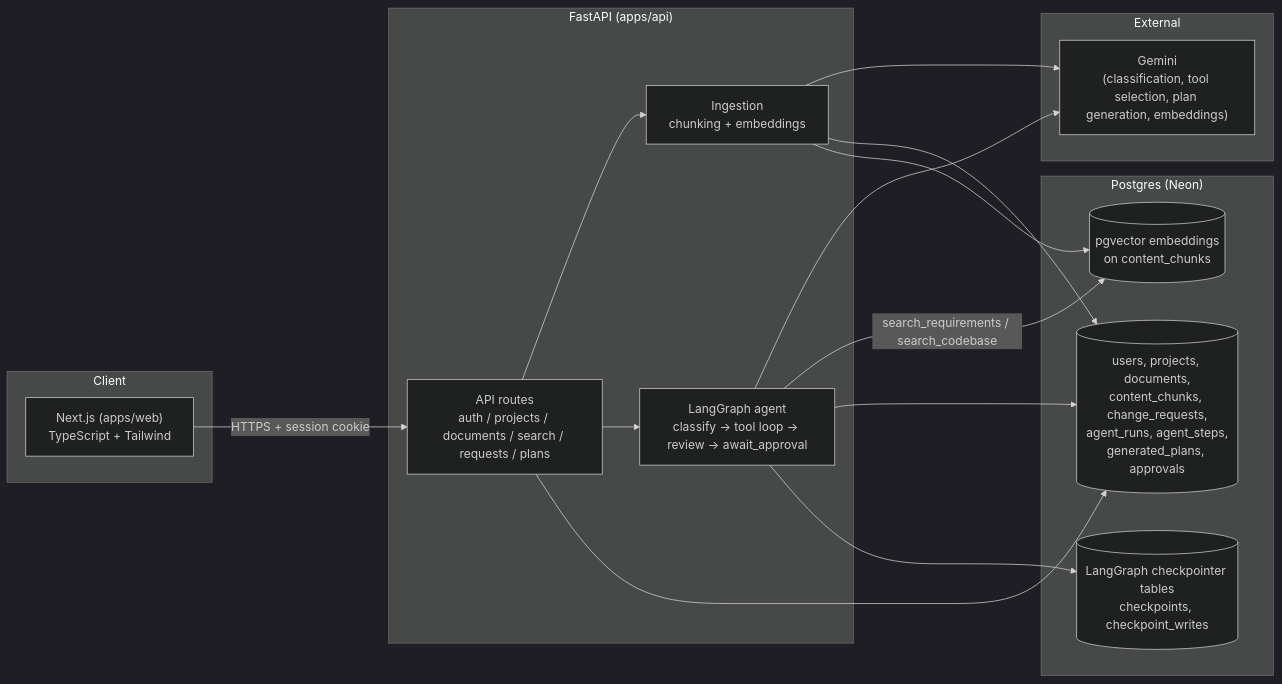
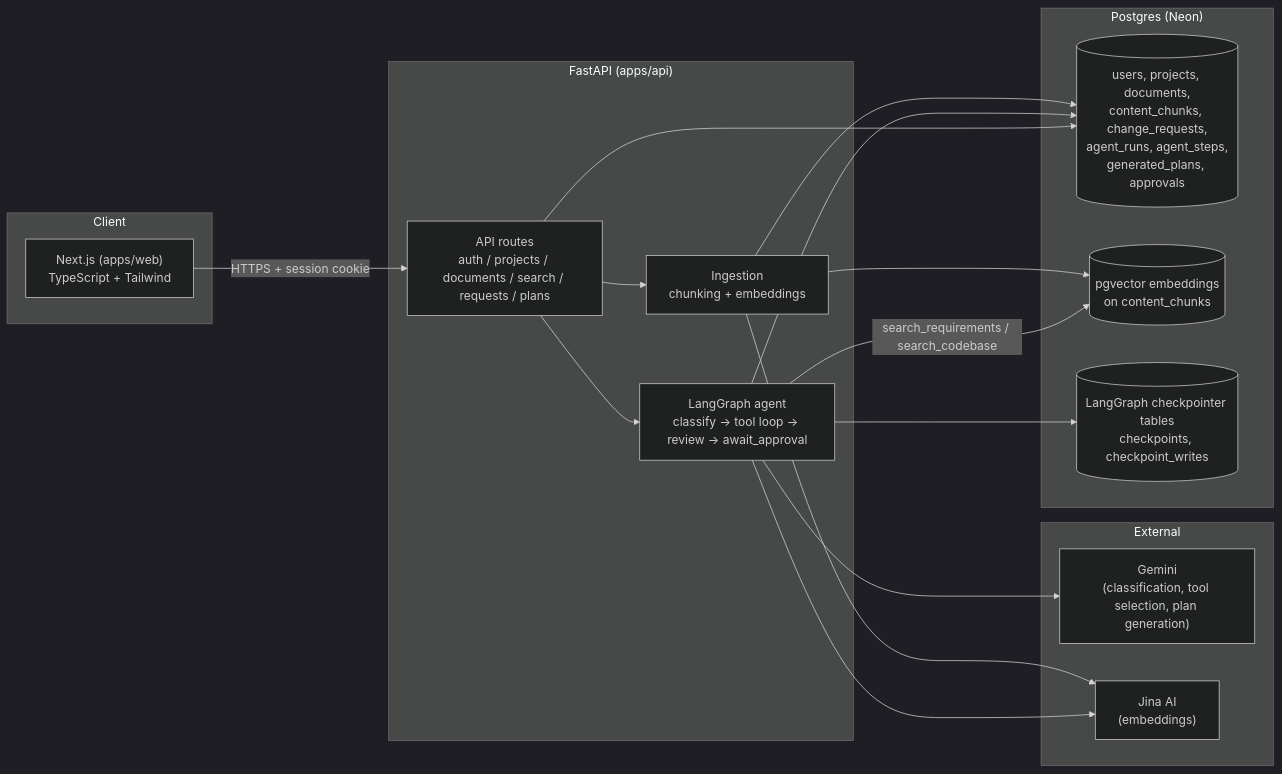
Before and after one commit to Kartiksingh45/Spectrace-AI: the first of 2 diagrams in docs/architecture.md, drawn with Mermaid (dark theme). The commit also changed 8 other files, not shown here.

First line of the commit message:
Switch embeddings from Gemini to Jina AI

````diff
--- a/docs/architecture.md
+++ b/docs/architecture.md
@@ -5,34 +5,36 @@
 ```mermaid
 flowchart LR
     subgraph Client
         Web["Next.js (apps/web)\nTypeScript + Tailwind"]
     end
 
     subgraph Backend["FastAPI (apps/api)"]
         API["API routes\nauth / projects / documents / search / requests / plans"]
         Agent["LangGraph agent\nclassify -> tool loop -> review -> await_approval"]
         Ingest["Ingestion\nchunking + embeddings"]
     end
 
     subgraph Data["Postgres (Neon)"]
         PG[("users, projects, documents,\ncontent_chunks, change_requests,\nagent_runs, agent_steps,\ngenerated_plans, approvals")]
         Vec[("pgvector embeddings\non content_chunks")]
         Checkpoint[("LangGraph checkpointer tables\ncheckpoints, checkpoint_writes")]
     end
 
     subgraph External
-        Gemini["Gemini\n(classification, tool selection, plan generation, embeddings)"]
+        Gemini["Gemini\n(classification, tool selection, plan generation)"]
+        Jina["Jina AI\n(embeddings)"]
     end
 
     Web -- "HTTPS + session cookie" --> API
     API --> Ingest
-    Ingest --> Gemini
+    Ingest --> Jina
     Ingest --> PG
     Ingest --> Vec
     API --> Agent
     Agent --> Gemini
+    Agent --> Jina
     Agent -- "search_requirements / search_codebase" --> Vec
     Agent --> PG
     Agent --> Checkpoint
     API --> PG
 ```
````
